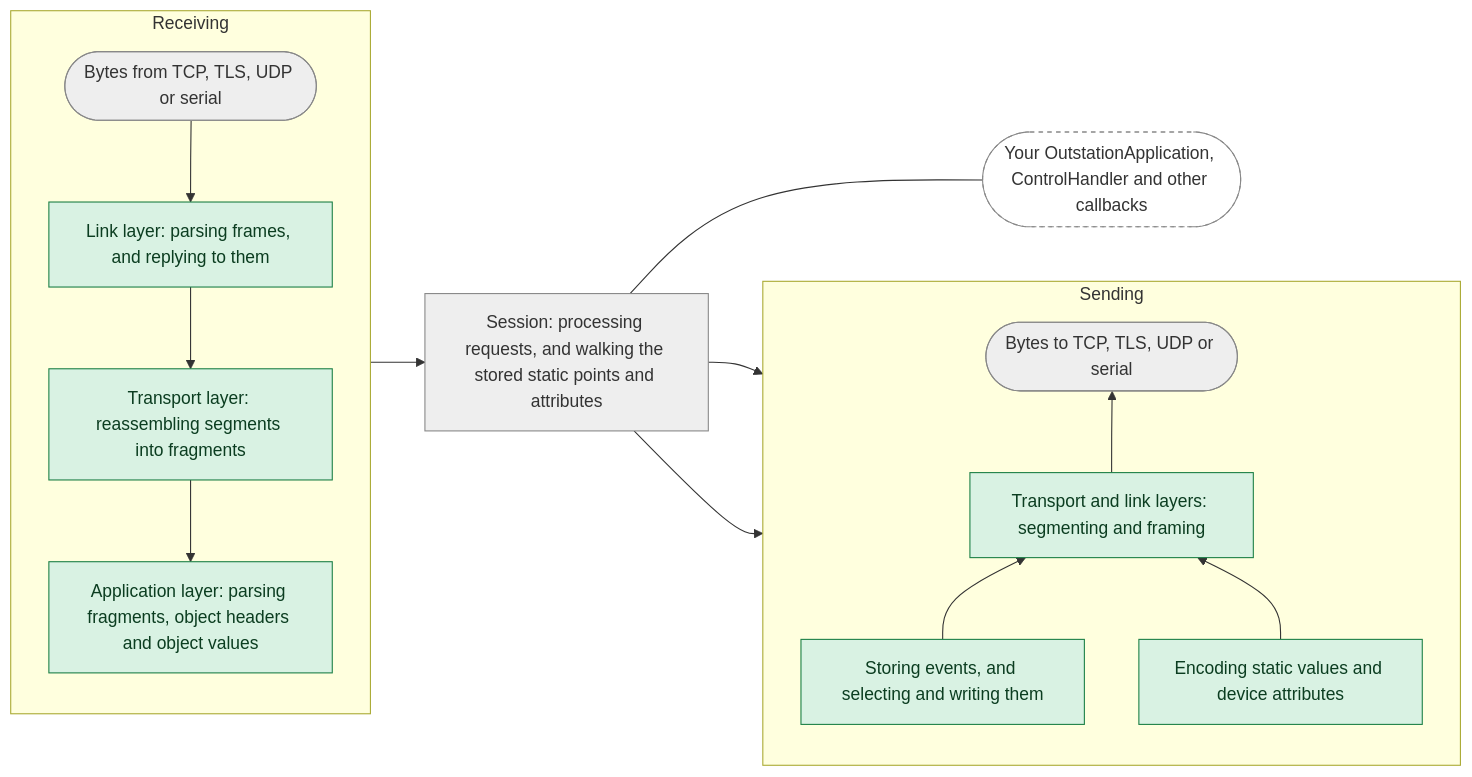
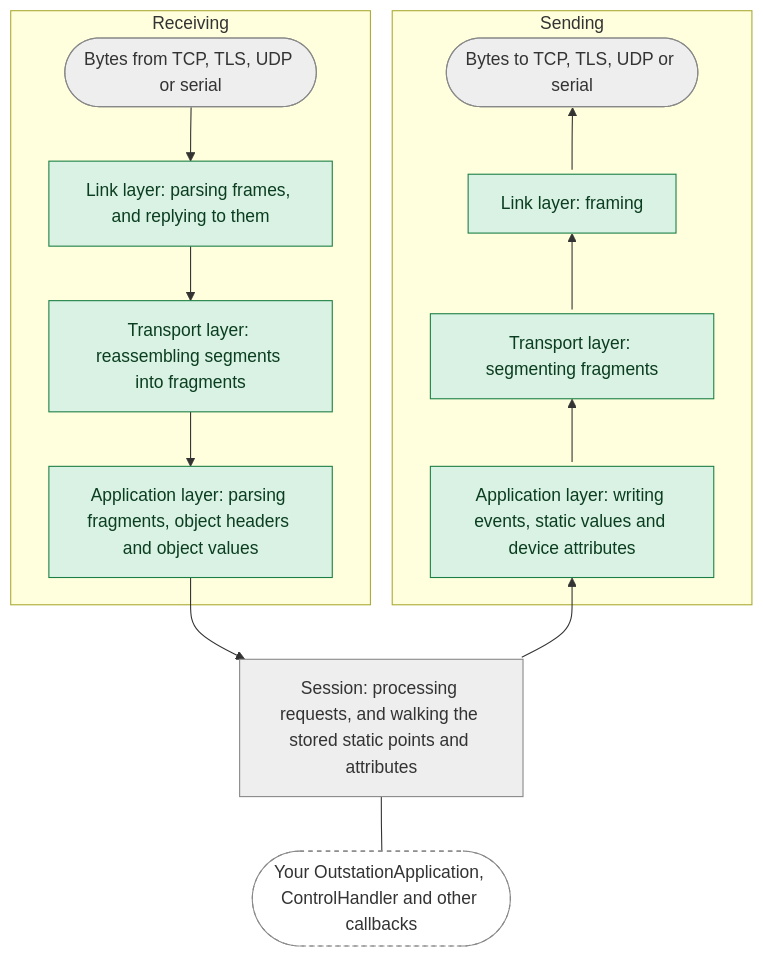
Before and after one commit to stepfunc/dnp3: the second of 2 diagrams in guide/docs/about/security.mdx, drawn with Mermaid. The commit also changed other lines of this file, not shown here.

Commit message:
Lay out the no-panic diagrams top to bottom, receiving down and sending back up

````diff
--- a/guide/docs/about/security.mdx
+++ b/guide/docs/about/security.mdx
@@ -100,30 +103,28 @@
 ```mermaid
-flowchart LR
+flowchart TB
     subgraph receiving [Receiving]
-        direction TB
         rx(["Bytes from TCP, TLS, UDP or serial"]):::outside
         rlink["Link layer: parsing frames, and replying to them"]:::proven
         rtransport["Transport layer: reassembling segments into fragments"]:::proven
         rapp["Application layer: parsing fragments, object headers and object values"]:::proven
-        rx --> rlink --> rtransport --> rapp
     end
     subgraph sending [Sending]
-        direction BT
-        events["Storing events, and selecting and writing them"]:::proven
-        values["Encoding static values and device attributes"]:::proven
-        sframe["Transport and link layers: segmenting and framing"]:::proven
         tx(["Bytes to TCP, TLS, UDP or serial"]):::outside
-        events --> sframe
-        values --> sframe
-        sframe --> tx
+        slink["Link layer: framing"]:::proven
+        stransport["Transport layer: segmenting fragments"]:::proven
+        sapp["Application layer: writing events, static values and device attributes"]:::proven
     end
     session["Session: processing requests, and walking the stored static points and attributes"]:::outside
     handlers(["Your OutstationApplication, ControlHandler and other callbacks"]):::user
-    rapp --> session
+    rx --> rlink --> rtransport --> rapp --> session
+    tx <--> slink
+    slink <--> stransport
+    stransport <--> sapp
+    sapp <--> session
     session --- handlers
-    session --> events
-    session --> values
+    %% each sending link is listed from the step above to the one below, so the column rises; only its upper arrowhead is drawn
+    linkStyle 4,5,6,7 marker-end:none
     classDef proven fill:#d9f2e3,stroke:#1b7f45,color:#0b3d20
     classDef outside fill:#eeeeee,stroke:#888888,color:#333333
     classDef user fill:#ffffff,stroke:#888888,stroke-dasharray:4 4,color:#333333
 ```
````
